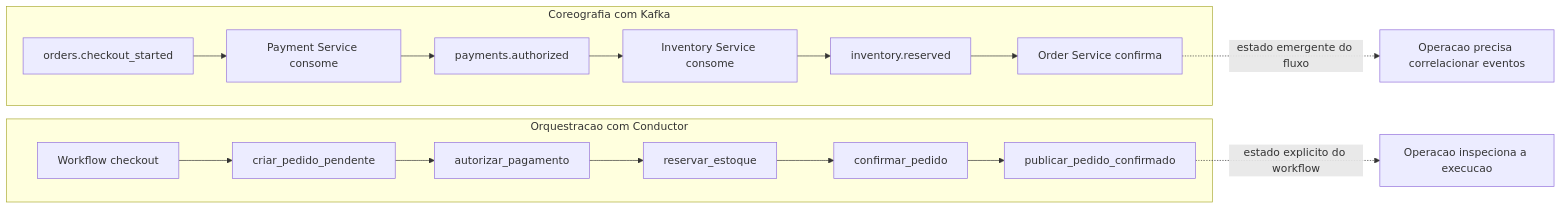
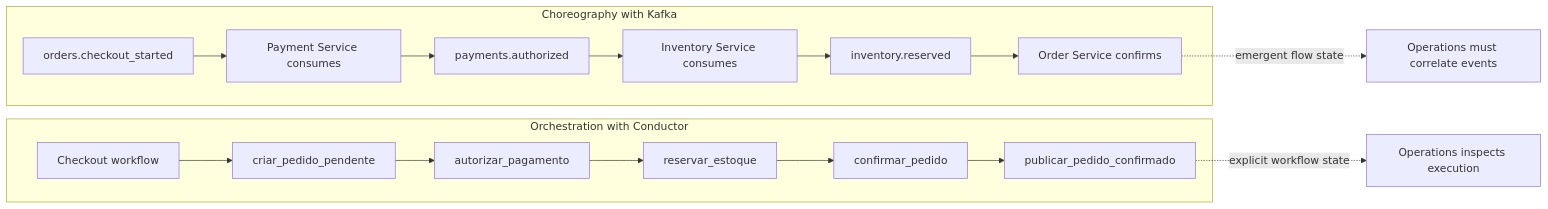
One commit to Thiago771414/event-driven-order-processing-system changed the second of 2 diagrams in event-driven-order-processing-system-main/fullstack-system-design-playbook/docs/saga-orchestration/README.md. Above: the diagram before and after it, drawn with Mermaid. The commit also changed other lines of this file and 19 other files, not shown here.

````diff
--- a/event-driven-order-processing-system-main/fullstack-system-design-playbook/docs/saga-orchestration/README.md
+++ b/event-driven-order-processing-system-main/fullstack-system-design-playbook/docs/saga-orchestration/README.md
@@ -60,21 +60,21 @@
 ```mermaid
 flowchart LR
-  subgraph KafkaChoreography["Coreografia com Kafka"]
-    K1["orders.checkout_started"] --> K2["Payment Service consome"]
+  subgraph KafkaChoreography["Choreography with Kafka"]
+    K1["orders.checkout_started"] --> K2["Payment Service consumes"]
     K2 --> K3["payments.authorized"]
-    K3 --> K4["Inventory Service consome"]
+    K3 --> K4["Inventory Service consumes"]
     K4 --> K5["inventory.reserved"]
-    K5 --> K6["Order Service confirma"]
+    K5 --> K6["Order Service confirms"]
   end
 
-  subgraph ConductorOrchestration["Orquestracao com Conductor"]
-    C1["Workflow checkout"] --> C2["criar_pedido_pendente"]
+  subgraph ConductorOrchestration["Orchestration with Conductor"]
+    C1["Checkout workflow"] --> C2["criar_pedido_pendente"]
     C2 --> C3["autorizar_pagamento"]
     C3 --> C4["reservar_estoque"]
     C4 --> C5["confirmar_pedido"]
     C5 --> C6["publicar_pedido_confirmado"]
   end
 
-  K6 -. "estado emergente do fluxo" .-> OpsKafka["Operacao precisa correlacionar eventos"]
-  C6 -. "estado explicito do workflow" .-> OpsConductor["Operacao inspeciona a execucao"]
+  K6 -. "emergent flow state" .-> OpsKafka["Operations must correlate events"]
+  C6 -. "explicit workflow state" .-> OpsConductor["Operations inspects execution"]
 ```
````
